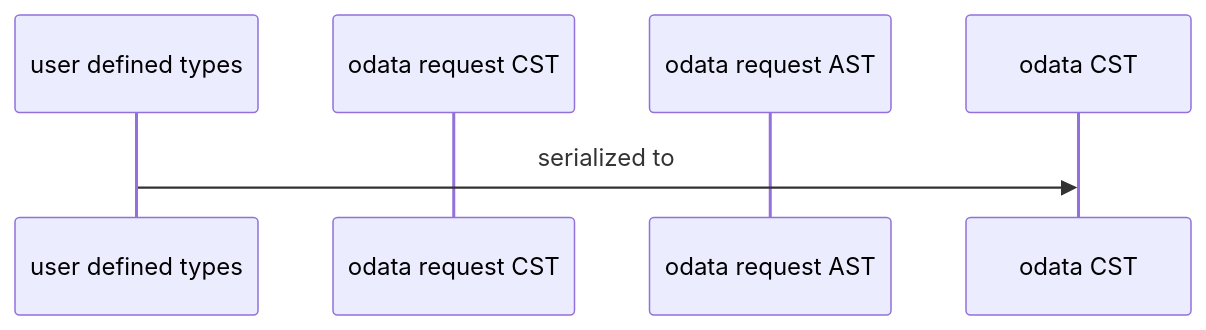
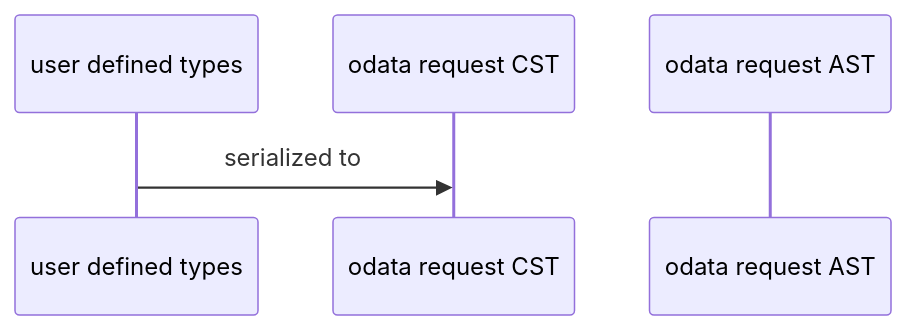
Before and after one commit to OData/odata.net: the third of 3 diagrams in docs/architecture.md, drawn with Mermaid.

````diff
--- a/docs/architecture.md
+++ b/docs/architecture.md
@@ -281,8 +281,8 @@
 ```mermaid
 sequenceDiagram
     participant user defined types
     participant odata request CST
     participant odata request AST
 
-    user defined types->>odata CST: serialized to
+    user defined types->>odata request CST: serialized to
 ```
````
